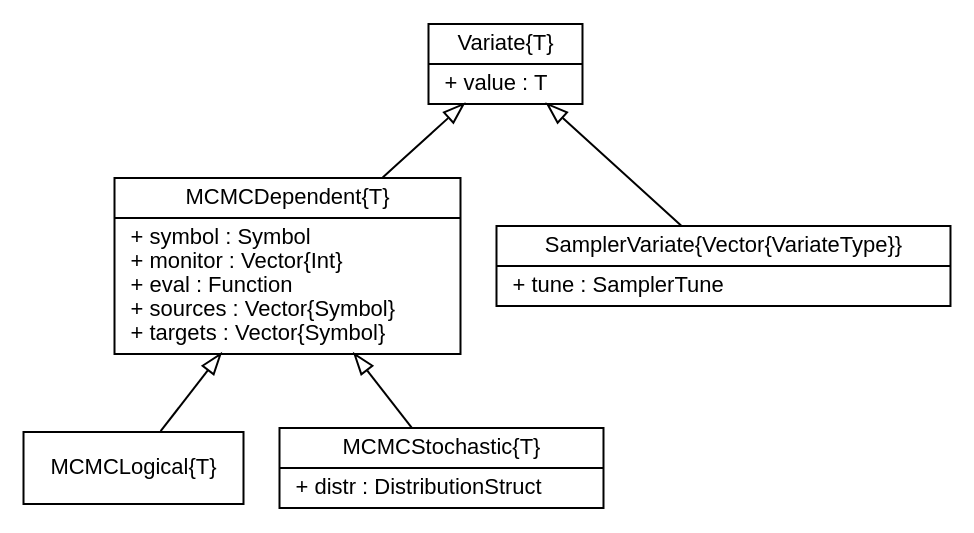
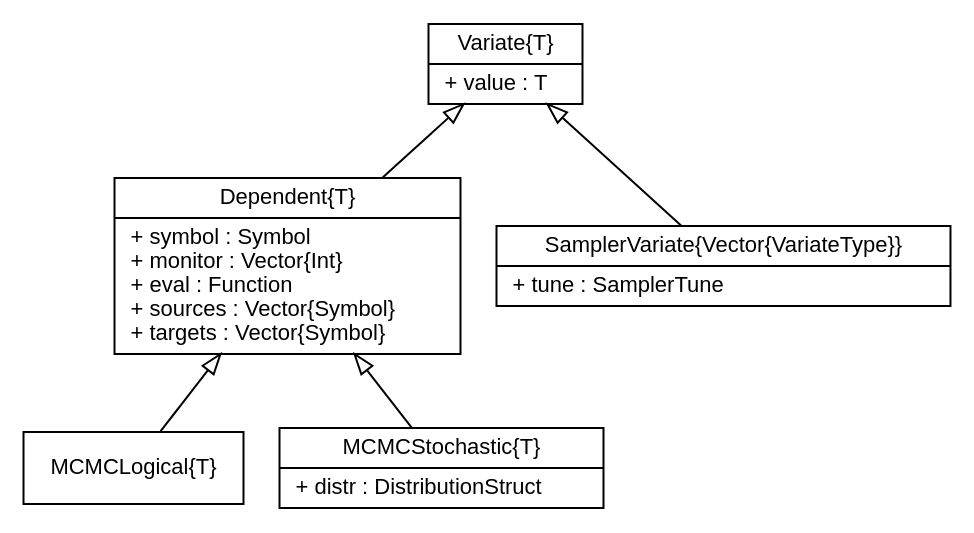
One commit to brian-j-smith/Mamba.jl changed the diagram in doc/images/variateUML.dot. Above: the diagram before and after it, drawn with Graphviz. The commit also changed 11 other files, not shown here.

Commit message:
Rename MCMCDependent type to Dependent.

```diff
--- a/doc/images/variateUML.dot
+++ b/doc/images/variateUML.dot
@@ -1,24 +1,24 @@
 digraph Variate {
 	fontname = "Helvetica"
 	fontsize = 11
 
 	node [fontname = "Helvetica", fontsize = 11, shape = record]
 
 	edge [fontname = "Helvetica", fontsize = 11, dir = back, arrowtail = empty]
 
 	Variate [label = "{Variate\{T\}|+ value : T\l}"]
 
-	MCMCDependent [label = "{MCMCDependent\{T\}|+ symbol : Symbol\l+ monitor : Vector\{Int\}\l+ eval : Function\l+ sources : Vector\{Symbol\}\l+ targets : Vector\{Symbol\}\l}"]
+	Dependent [label = "{Dependent\{T\}|+ symbol : Symbol\l+ monitor : Vector\{Int\}\l+ eval : Function\l+ sources : Vector\{Symbol\}\l+ targets : Vector\{Symbol\}\l}"]
 	
 	MCMCLogical [label = "{MCMCLogical\{T\}}"]
 	
 	MCMCStochastic [label = "{MCMCStochastic\{T\}|+ distr : DistributionStruct\l}"]
 
 	SamplerVariate [label = "{SamplerVariate\{Vector\{VariateType\}\}|+ tune : SamplerTune\l}"]
 	
-	Variate -> MCMCDependent
-	MCMCDependent -> MCMCLogical
-	MCMCDependent -> MCMCStochastic
+	Variate -> Dependent
+	Dependent -> MCMCLogical
+	Dependent -> MCMCStochastic
 	Variate -> SamplerVariate
 
 }
```
